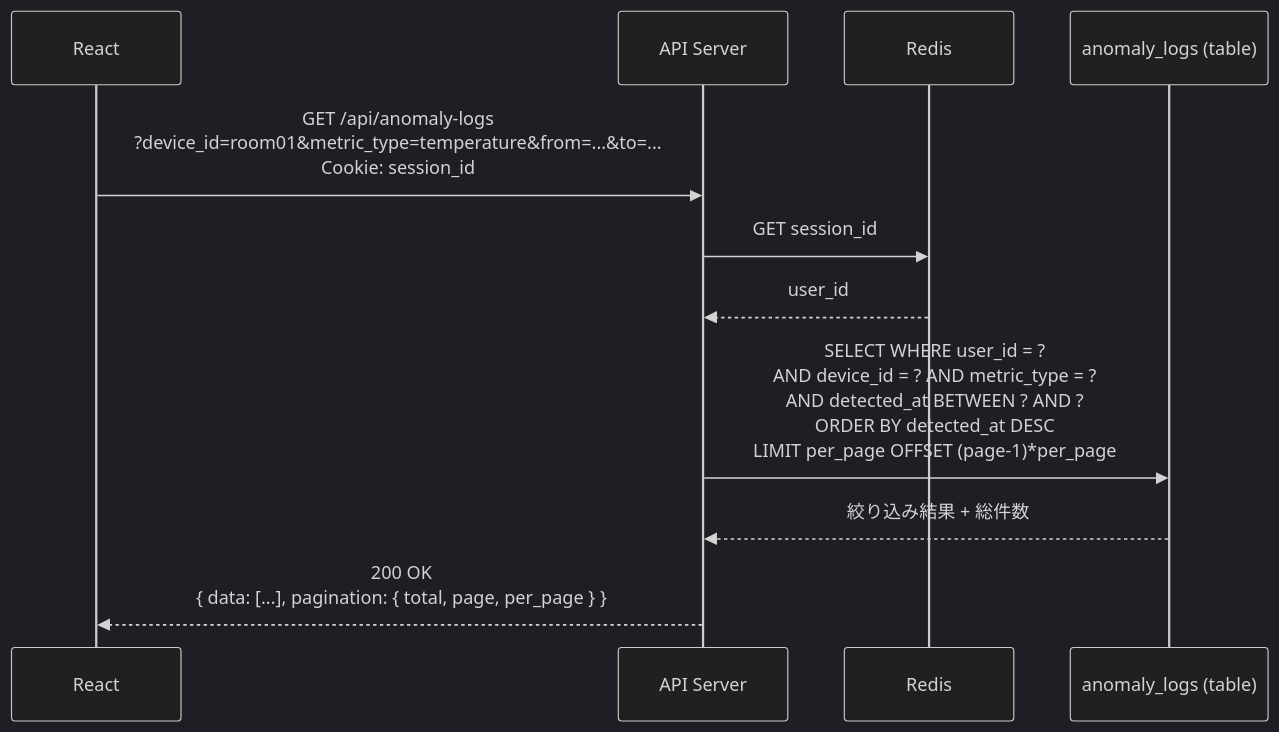
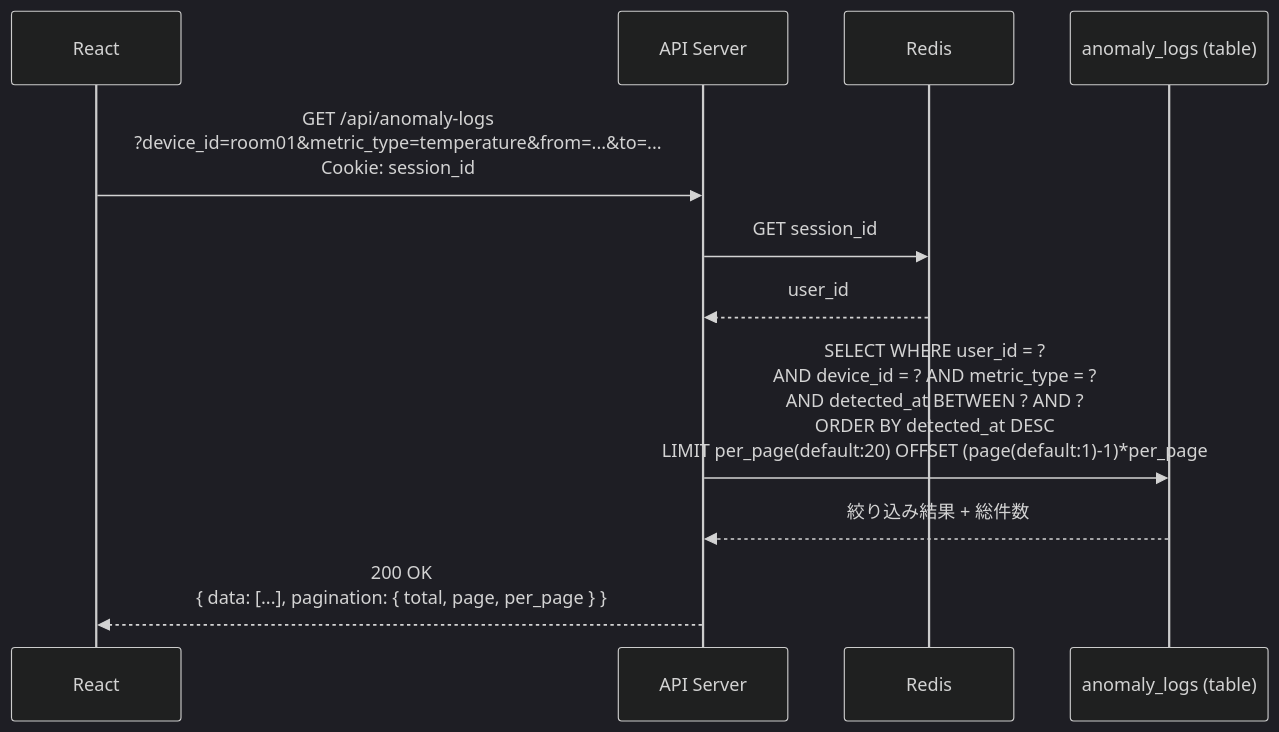
The second of 5 diagrams in basic_design/sequence/異常一覧表示.md (riaton/home-smart-factory), drawn with Mermaid (dark theme) before and after one commit. The commit also changed other lines of this file and 7 other files, not shown here.

````diff
--- a/basic_design/sequence/異常一覧表示.md
+++ b/basic_design/sequence/異常一覧表示.md
@@ -34,16 +36,16 @@
 ```mermaid
 sequenceDiagram
     participant React as React
     participant API as API Server
     participant Redis as Redis
     participant Logs as anomaly_logs (table)
 
     React->>API: GET /api/anomaly-logs<br/>?device_id=room01&metric_type=temperature&from=...&to=...<br/>Cookie: session_id
     API->>Redis: GET session_id
     Redis-->>API: user_id
 
-    API->>Logs: SELECT WHERE user_id = ?<br/>AND device_id = ? AND metric_type = ?<br/>AND detected_at BETWEEN ? AND ?<br/>ORDER BY detected_at DESC<br/>LIMIT per_page OFFSET (page-1)*per_page
+    API->>Logs: SELECT WHERE user_id = ?<br/>AND device_id = ? AND metric_type = ?<br/>AND detected_at BETWEEN ? AND ?<br/>ORDER BY detected_at DESC<br/>LIMIT per_page(default:20) OFFSET (page(default:1)-1)*per_page
     Logs-->>API: 絞り込み結果 + 総件数
 
     API-->>React: 200 OK<br/>{ data: [...], pagination: { total, page, per_page } }
 ```
````
